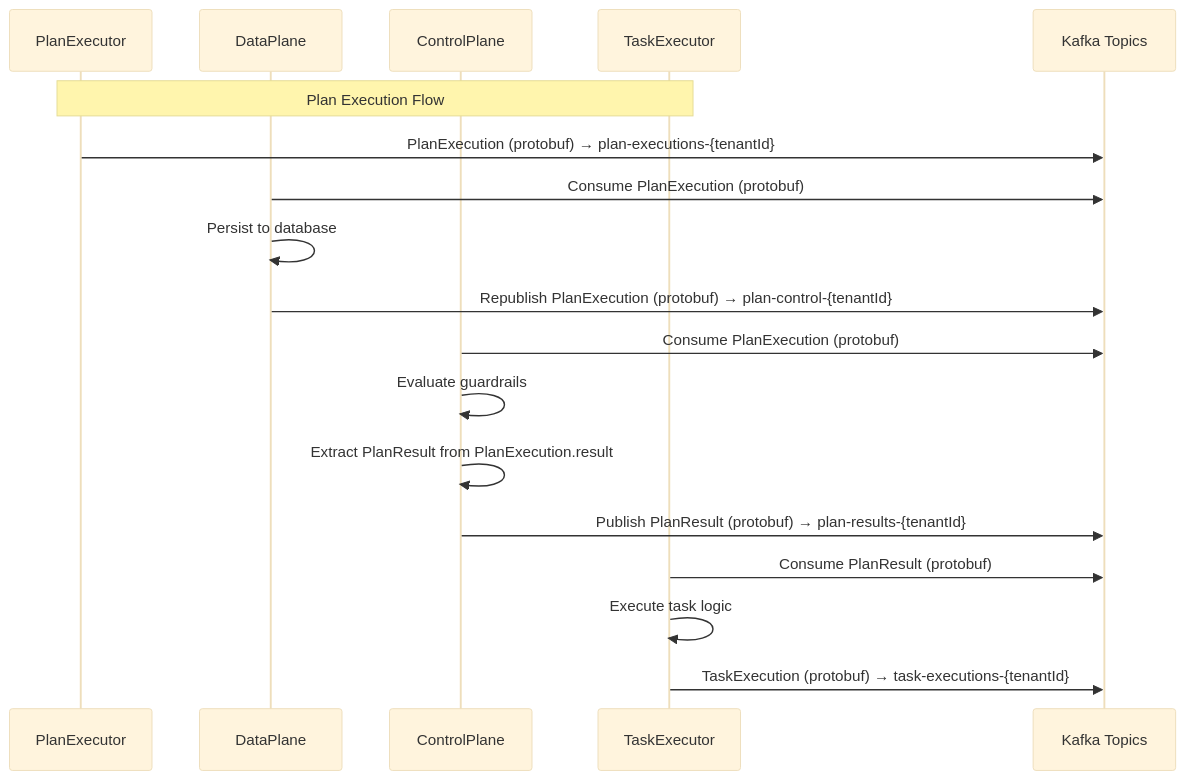
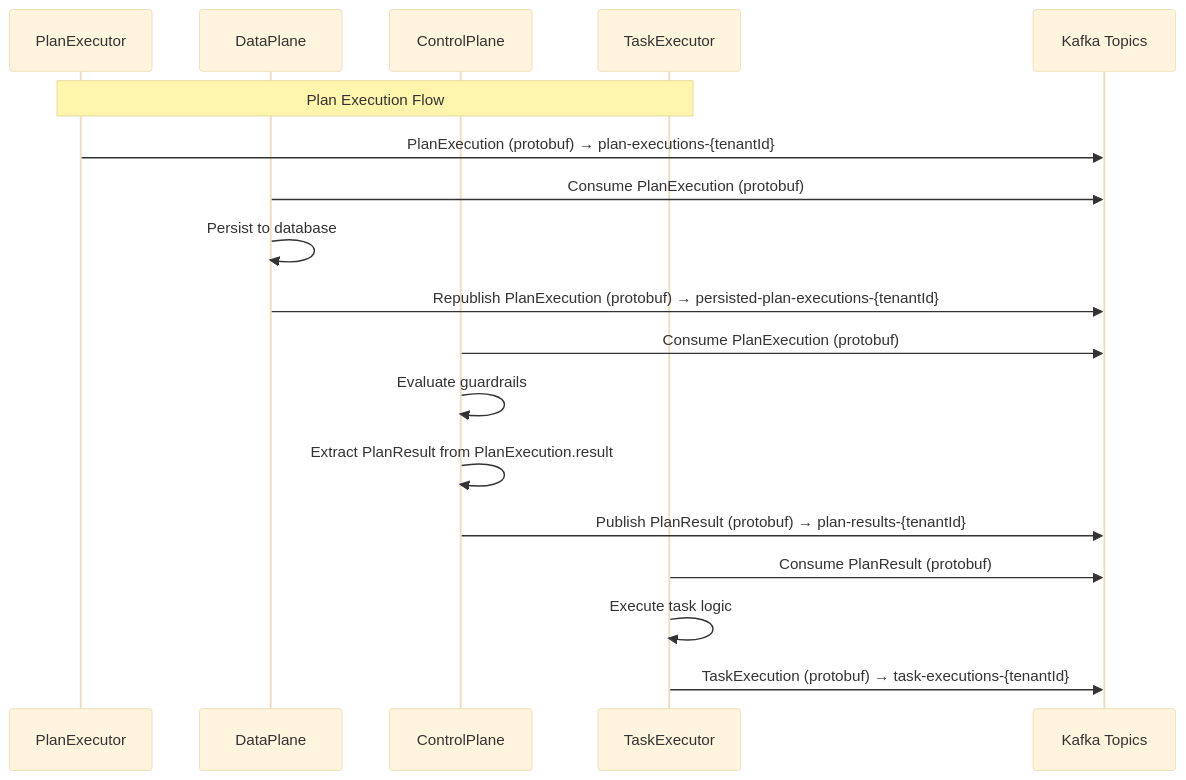
The third of 3 diagrams in docs/DataFlow.md (paul-callahan/scalable-agent-framework), drawn with Mermaid (base theme) before and after one commit. The commit also changed other lines of this file and 20 other files, not shown here.

````diff
--- a/docs/DataFlow.md
+++ b/docs/DataFlow.md
@@ -87,22 +87,22 @@
 ```mermaid
 sequenceDiagram
     participant PE as PlanExecutor
     participant DP as DataPlane
     participant CP as ControlPlane
     participant TE as TaskExecutor
     participant K as Kafka Topics
 
     Note over PE,TE: Plan Execution Flow
 
     PE->>K: PlanExecution (protobuf) → plan-executions-{tenantId}
     DP->>K: Consume PlanExecution (protobuf)
     DP->>DP: Persist to database
-    DP->>K: Republish PlanExecution (protobuf) → plan-control-{tenantId}
+    DP->>K: Republish PlanExecution (protobuf) → persisted-plan-executions-{tenantId}
     CP->>K: Consume PlanExecution (protobuf)
     CP->>CP: Evaluate guardrails
     CP->>CP: Extract PlanResult from PlanExecution.result
     CP->>K: Publish PlanResult (protobuf) → plan-results-{tenantId}
     TE->>K: Consume PlanResult (protobuf)
     TE->>TE: Execute task logic
     TE->>K: TaskExecution (protobuf) → task-executions-{tenantId}
 ```
````
